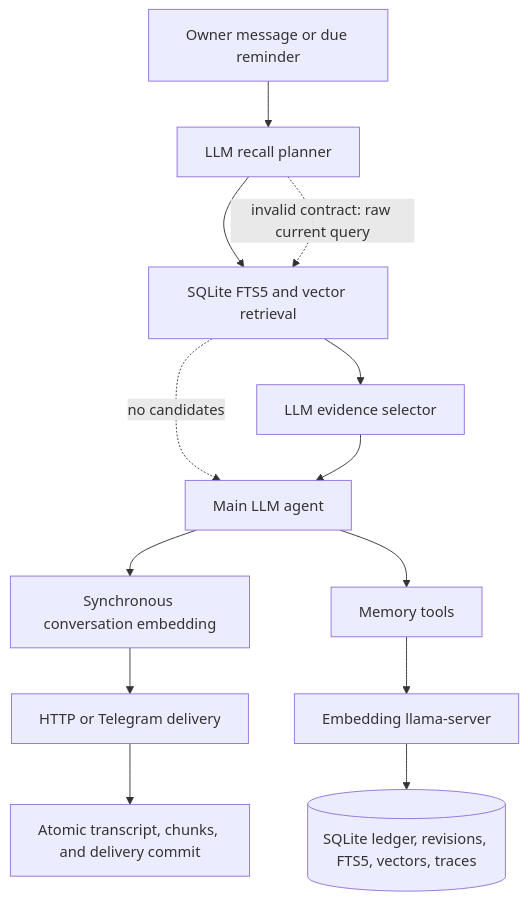
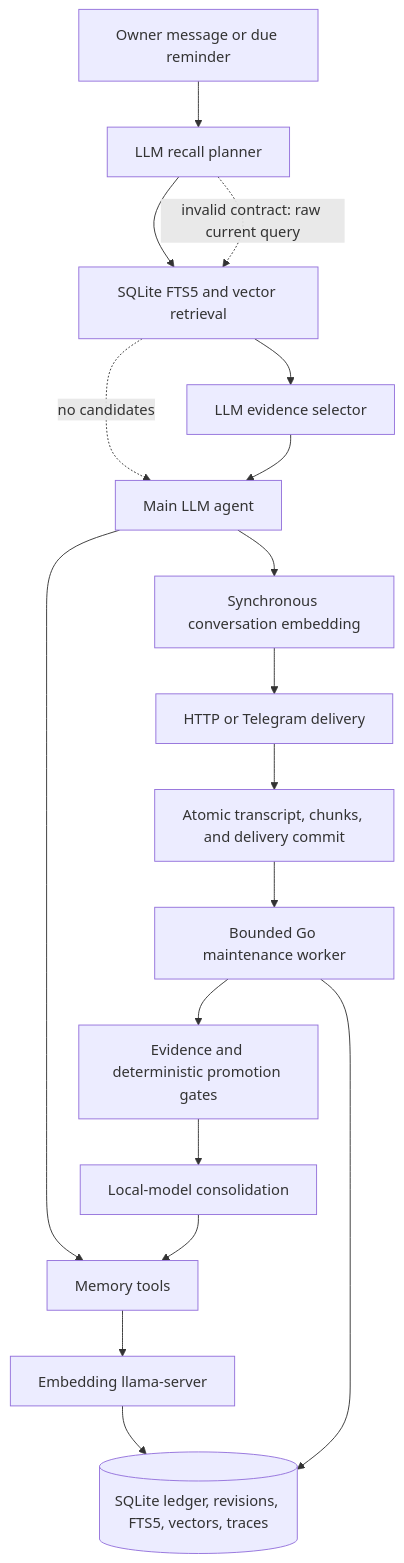
Before and after one commit to hbina/openclaw: the diagram in docs/architecture.md, drawn with Mermaid. The commit also changed other lines of this file and 36 other files, not shown here.

First line of the commit message:
feat(go): add native memory maintenance

````diff
--- a/docs/architecture.md
+++ b/docs/architecture.md
@@ -8,15 +8,20 @@
 ```mermaid
 flowchart TD
     INPUT[Owner message or due reminder] --> PLAN[LLM recall planner]
     PLAN --> RETRIEVE[SQLite FTS5 and vector retrieval]
     PLAN -. invalid contract: raw current query .-> RETRIEVE
     RETRIEVE --> RERANK[LLM evidence selector]
     RETRIEVE -. no candidates .-> AGENT
     RERANK --> AGENT[Main LLM agent]
     AGENT --> INDEX[Synchronous conversation embedding]
     INDEX --> DELIVER[HTTP or Telegram delivery]
     DELIVER --> COMMIT[Atomic transcript, chunks, and delivery commit]
     AGENT --> MEMORY[Memory tools]
     MEMORY --> EMBED[Embedding llama-server]
     EMBED --> SQLITE[(SQLite ledger, revisions, FTS5, vectors, traces)]
+    COMMIT --> MAINTAIN[Bounded Go maintenance worker]
+    MAINTAIN --> GATE[Evidence and deterministic promotion gates]
+    GATE --> CONSOLIDATE[Local-model consolidation]
+    CONSOLIDATE --> MEMORY
+    MAINTAIN --> SQLITE
 ```
````
